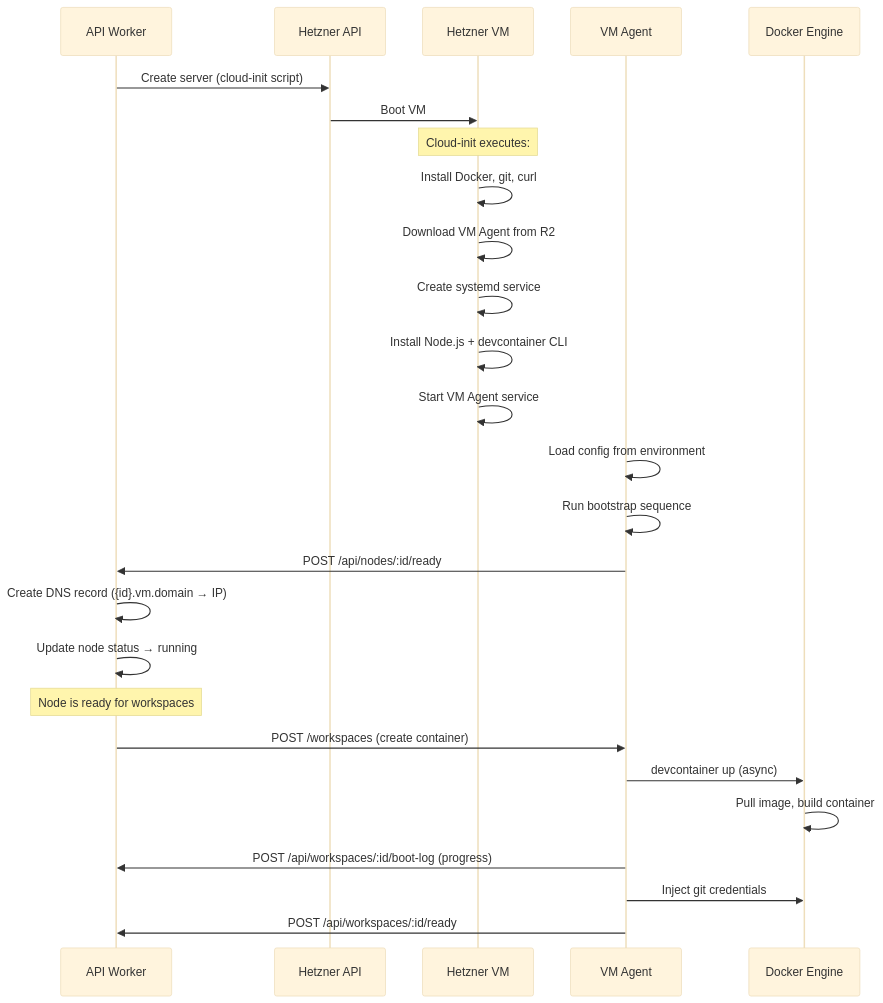
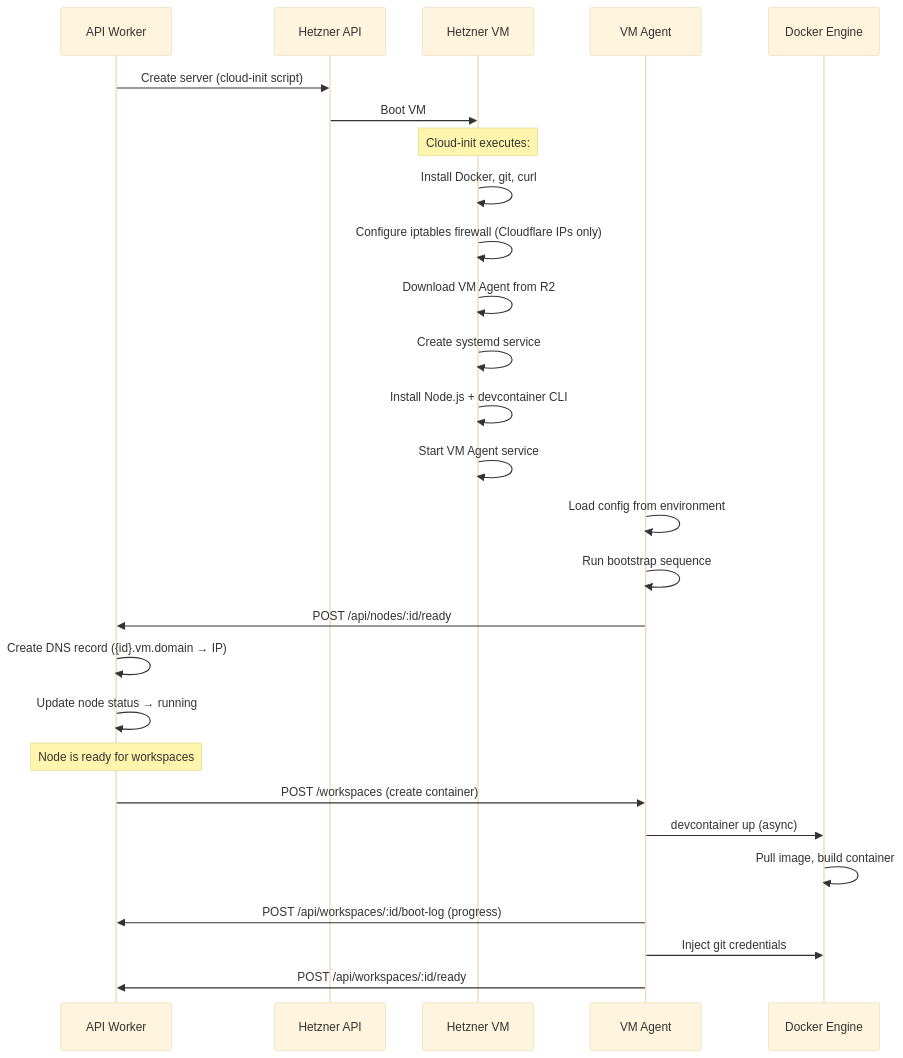
One commit to raphaeltm/simple-agent-manager changed diagram 12 of 17 in docs/architecture/walkthrough.md. Above: the diagram before and after it, drawn with Mermaid (base theme). The commit also changed other lines of this file, not shown here.

First line of the commit message:
docs: fix firewall doc accuracy per review findings

````diff
--- a/docs/architecture/walkthrough.md
+++ b/docs/architecture/walkthrough.md
@@ -666,33 +666,34 @@
 ```mermaid
 sequenceDiagram
     participant API as API Worker
     participant Hetzner as Hetzner API
     participant VM as Hetzner VM
     participant Agent as VM Agent
     participant Docker as Docker Engine
 
     API->>Hetzner: Create server (cloud-init script)
     Hetzner->>VM: Boot VM
 
     Note over VM: Cloud-init executes:
     VM->>VM: Install Docker, git, curl
+    VM->>VM: Configure iptables firewall (Cloudflare IPs only)
     VM->>VM: Download VM Agent from R2
     VM->>VM: Create systemd service
     VM->>VM: Install Node.js + devcontainer CLI
     VM->>VM: Start VM Agent service
 
     Agent->>Agent: Load config from environment
     Agent->>Agent: Run bootstrap sequence
     Agent->>API: POST /api/nodes/:id/ready
     API->>API: Create DNS record ({id}.vm.domain → IP)
     API->>API: Update node status → running
 
     Note over API: Node is ready for workspaces
 
     API->>Agent: POST /workspaces (create container)
     Agent->>Docker: devcontainer up (async)
     Docker->>Docker: Pull image, build container
     Agent->>API: POST /api/workspaces/:id/boot-log (progress)
     Agent->>Docker: Inject git credentials
     Agent->>API: POST /api/workspaces/:id/ready
 ```
````
